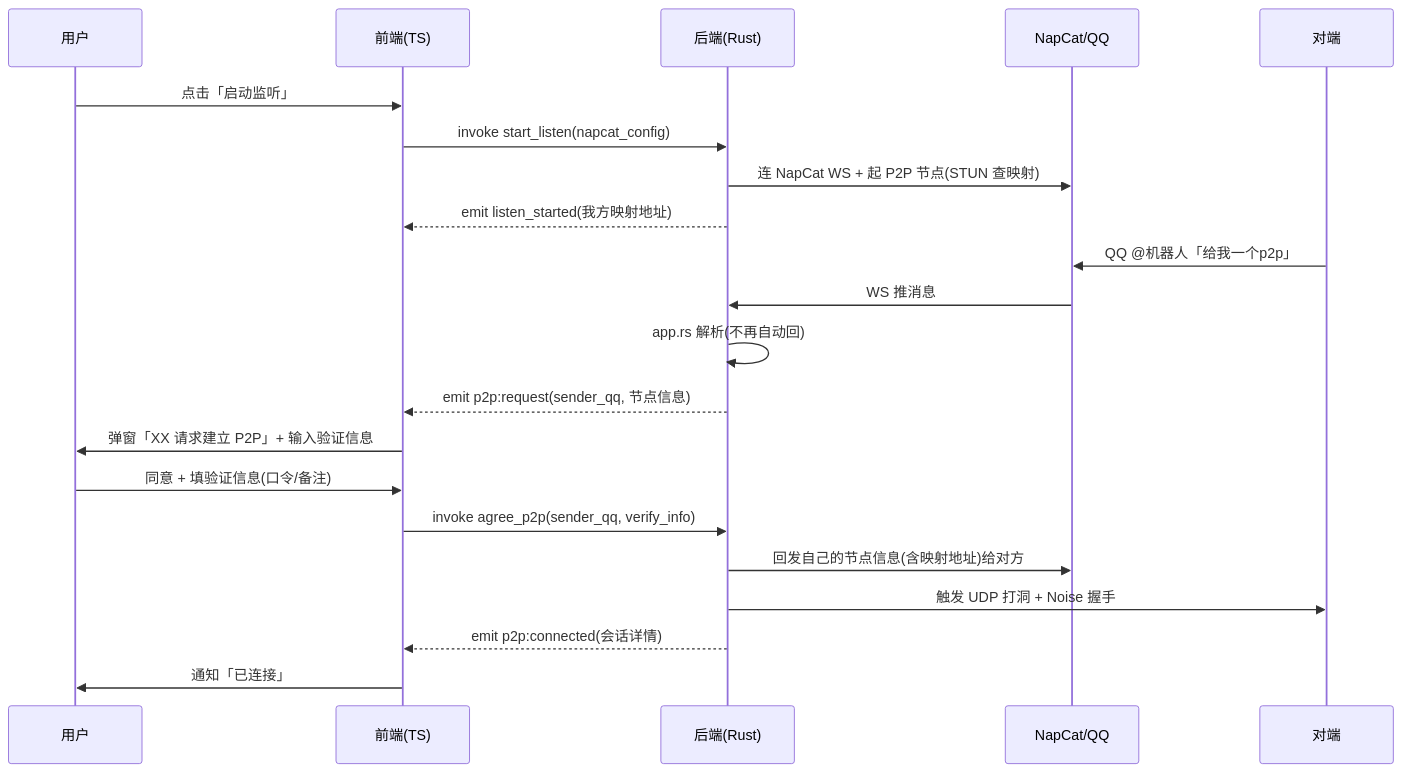
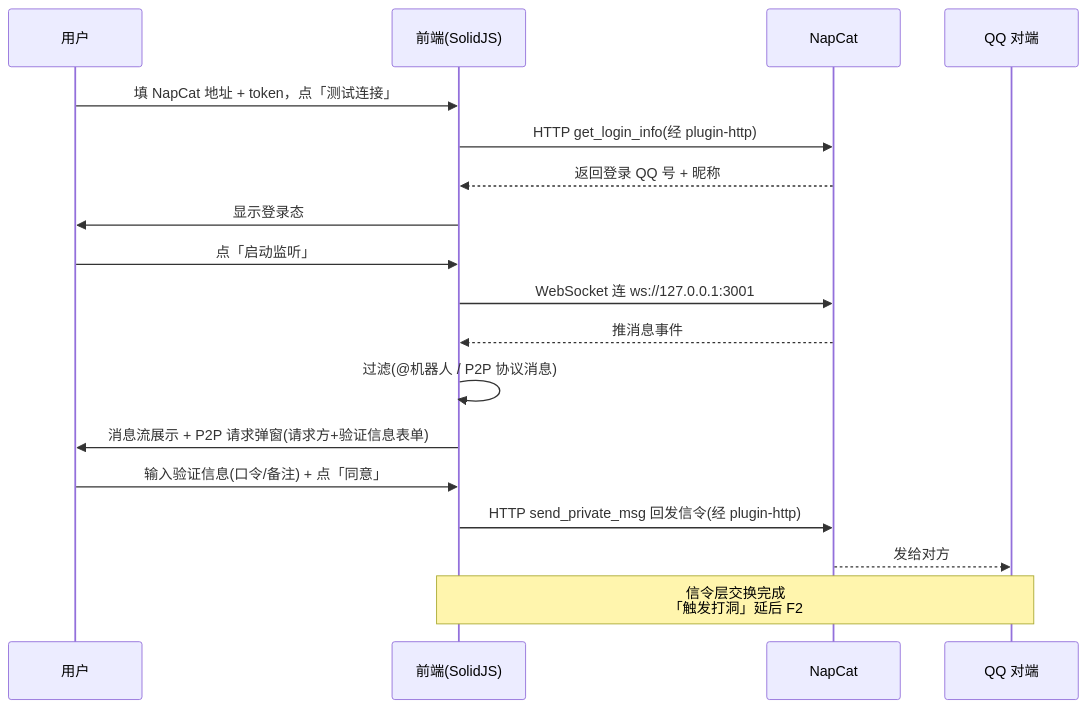
Before and after one commit to DinoCatKiller/QQP2P: the second of 2 diagrams in docs/plan/FRONTEND_PLAN.md, drawn with Mermaid. The commit also changed other lines of this file and 2 other files, not shown here.

First line of the commit message:
fix(p2p): p2p-bench 修复端口占用 (os error 10048), 改为复用主 socket

````diff
--- a/docs/plan/FRONTEND_PLAN.md
+++ b/docs/plan/FRONTEND_PLAN.md
@@ -159,25 +73,22 @@
 ```mermaid
 sequenceDiagram
     participant U as 用户
-    participant F as 前端(TS)
-    participant B as 后端(Rust)
-    participant NC as NapCat/QQ
-    participant P as 对端
+    participant F as 前端(SolidJS)
+    participant NC as NapCat
+    participant QQ as QQ 对端
 
-    U->>F: 点击「启动监听」
-    F->>B: invoke start_listen(napcat_config)
-    B->>NC: 连 NapCat WS + 起 P2P 节点(STUN 查映射)
-    B-->>F: emit listen_started(我方映射地址)
+    U->>F: 填 NapCat 地址 + token，点「测试连接」
+    F->>NC: HTTP get_login_info(经 plugin-http)
+    NC-->>F: 返回登录 QQ 号 + 昵称
+    F->>U: 显示登录态
 
-    P->>NC: QQ @机器人「给我一个p2p」
-    NC->>B: WS 推消息
-    B->>B: app.rs 解析(不再自动回)
-    B-->>F: emit p2p:request(sender_qq, 节点信息)
-    F->>U: 弹窗「XX 请求建立 P2P」+ 输入验证信息
-    U->>F: 同意 + 填验证信息(口令/备注)
-    F->>B: invoke agree_p2p(sender_qq, verify_info)
-    B->>NC: 回发自己的节点信息(含映射地址)给对方
-    B->>P: 触发 UDP 打洞 + Noise 握手
-    B-->>F: emit p2p:connected(会话详情)
-    F->>U: 通知「已连接」
+    U->>F: 点「启动监听」
+    F->>NC: WebSocket 连 ws://127.0.0.1:3001
+    NC-->>F: 推消息事件
+    F->>F: 过滤(@机器人 / P2P 协议消息)
+    F->>U: 消息流展示 + P2P 请求弹窗(请求方+验证信息表单)
+    U->>F: 输入验证信息(口令/备注) + 点「同意」
+    F->>NC: HTTP send_private_msg 回发信令(经 plugin-http)
+    NC-->>QQ: 发给对方
+    Note over F,QQ: 信令层交换完成<br/>「触发打洞」延后 F2
 ```
````
